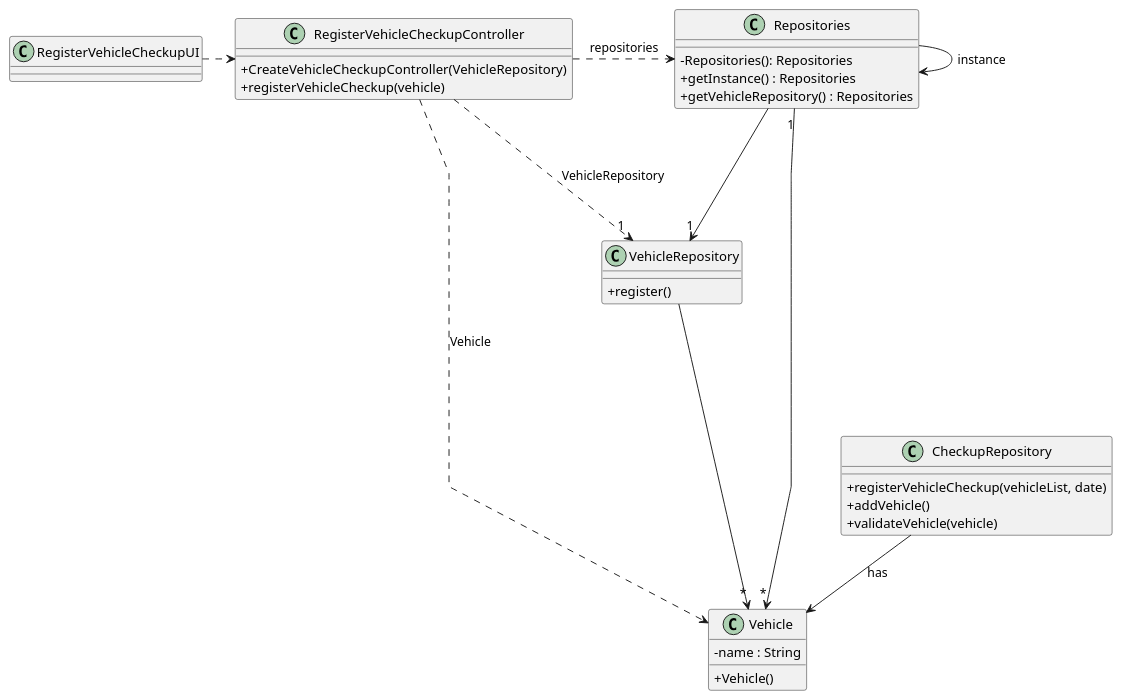
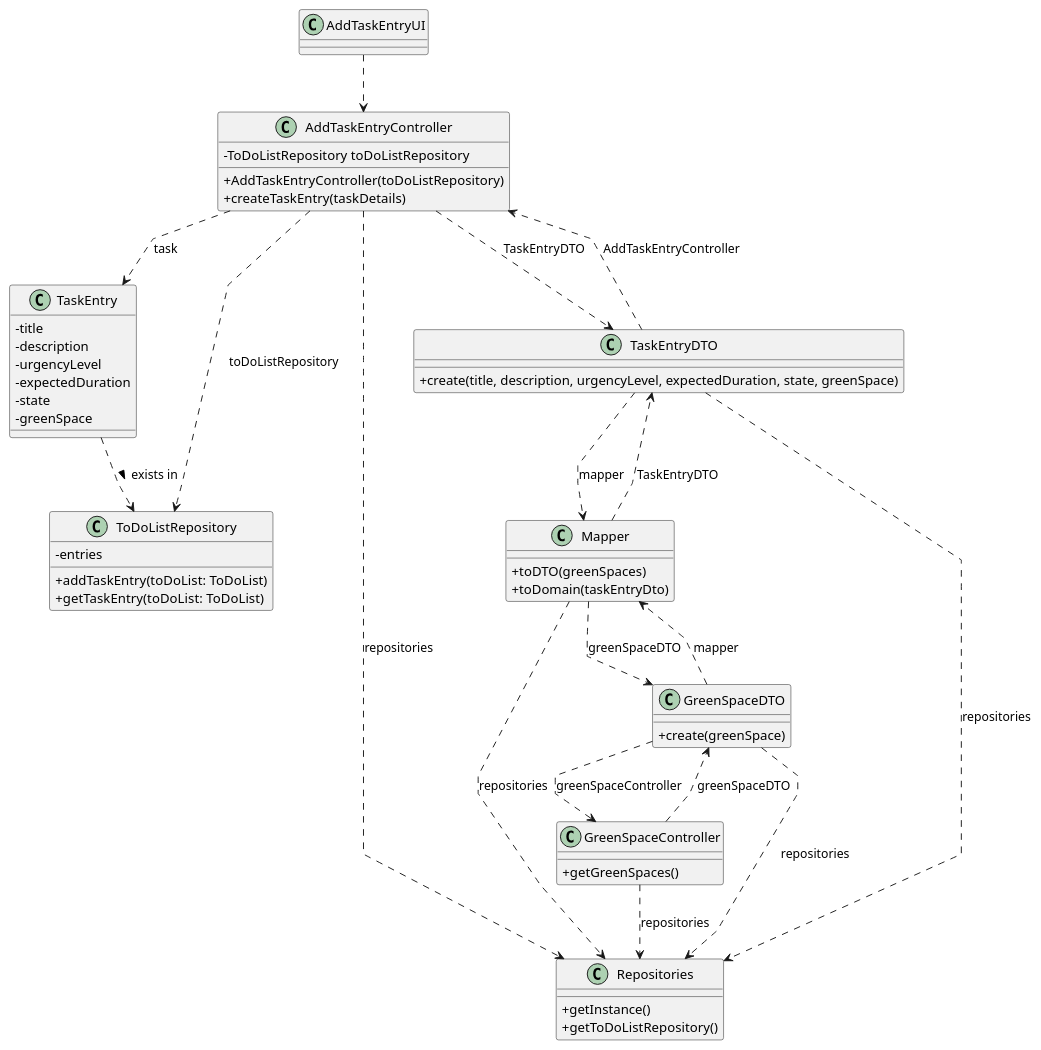
One commit to Departamento-de-Engenharia-Informatica/lei-24-s2-1dkl-g134 changed the diagram in docs/sprintC/us021/03.design/puml/us021-class-diagram.puml. Above: the diagram before and after it, drawn with PlantUML. The commit also changed 6 other files, not shown here.

```diff
--- a/docs/sprintC/us021/03.design/puml/us021-class-diagram.puml
+++ b/docs/sprintC/us021/03.design/puml/us021-class-diagram.puml
@@ -1,55 +1,89 @@
 @startuml
 'skinparam monochrome true
 skinparam packageStyle rectangle
 skinparam shadowing false
 skinparam linetype polyline
 'skinparam linetype orto
 
 skinparam classAttributeIconSize 0
 
-'left to right direction
+class "TaskEntry" {
+        -title
+        -description
+        -urgencyLevel
+        -expectedDuration
+        -state
+        -greenSpace
 
-class RegisterVehicleCheckupUI{
-}
-
-
-class RegisterVehicleCheckupController{
-   +CreateVehicleCheckupController(VehicleRepository)
-   +registerVehicleCheckup(vehicle)
- }
-
-class Repositories {
-    - Repositories(): Repositories
-    + getInstance() : Repositories
-    + getVehicleRepository() : Repositories
-}
-
-
-class VehicleRepository {
-    + register()
-}
-
-class CheckupRepository{
-    + registerVehicleCheckup(vehicleList, date)
-    + addVehicle()
-    + validateVehicle(vehicle)
-    }
-
-class  Vehicle{
-    -name : String
-    +Vehicle()
 }
 
 
 
-RegisterVehicleCheckupUI .>  RegisterVehicleCheckupController
- RegisterVehicleCheckupController ...r> Repositories : repositories
-Repositories ---> "1" VehicleRepository
-Repositories -> Repositories : instance
-Repositories "1" --> "*" Vehicle
+class "AddTaskEntryController" {
+    - ToDoListRepository toDoListRepository
+    + AddTaskEntryController(toDoListRepository)
+    + createTaskEntry(taskDetails)
+}
 
-VehicleRepository --> "*" Vehicle
- RegisterVehicleCheckupController ......>  Vehicle : Vehicle
- RegisterVehicleCheckupController ...> "1" VehicleRepository : VehicleRepository
-CheckupRepository --> Vehicle : has
+class "ToDoListRepository" {
+    -entries
+    + addTaskEntry(toDoList: ToDoList)
+    + getTaskEntry(toDoList: ToDoList)
+}
+
+class "AddTaskEntryUI" {
+}
+
+class "Repositories" {
+    + getInstance()
+    + getToDoListRepository()
+}
+
+class "GreenSpaceController" {
+    + getGreenSpaces()
+}
+
+class "Mapper" {
+    + toDTO(greenSpaces)
+    + toDomain(taskEntryDto)
+}
+
+class "GreenSpaceDTO" {
+    + create(greenSpace)
+}
+
+class "TaskEntryDTO" {
+    + create(title, description, urgencyLevel, expectedDuration, state, greenSpace)
+}
+
+
+
+
+
+AddTaskEntryController ..> ToDoListRepository : toDoListRepository
+
+AddTaskEntryController ..> TaskEntry : task
+TaskEntry ..> ToDoListRepository : exists in >
+AddTaskEntryUI ..> AddTaskEntryController
+
+AddTaskEntryController ..> Repositories : repositories
+
+GreenSpaceController ..> Repositories : repositories
+
+Mapper ..> Repositories : repositories
+GreenSpaceDTO ..> Repositories : repositories
+TaskEntryDTO ..> Repositories : repositories
+
+GreenSpaceController ..> GreenSpaceDTO : greenSpaceDTO
+GreenSpaceDTO ..> GreenSpaceController : greenSpaceController
+
+Mapper ..> GreenSpaceDTO : greenSpaceDTO
+GreenSpaceDTO ..> Mapper : mapper
+
+Mapper ..> TaskEntryDTO : TaskEntryDTO
+TaskEntryDTO ..> Mapper : mapper
+
+AddTaskEntryController ..> TaskEntryDTO : TaskEntryDTO
+TaskEntryDTO ..> AddTaskEntryController : AddTaskEntryController
+
 @enduml
```
